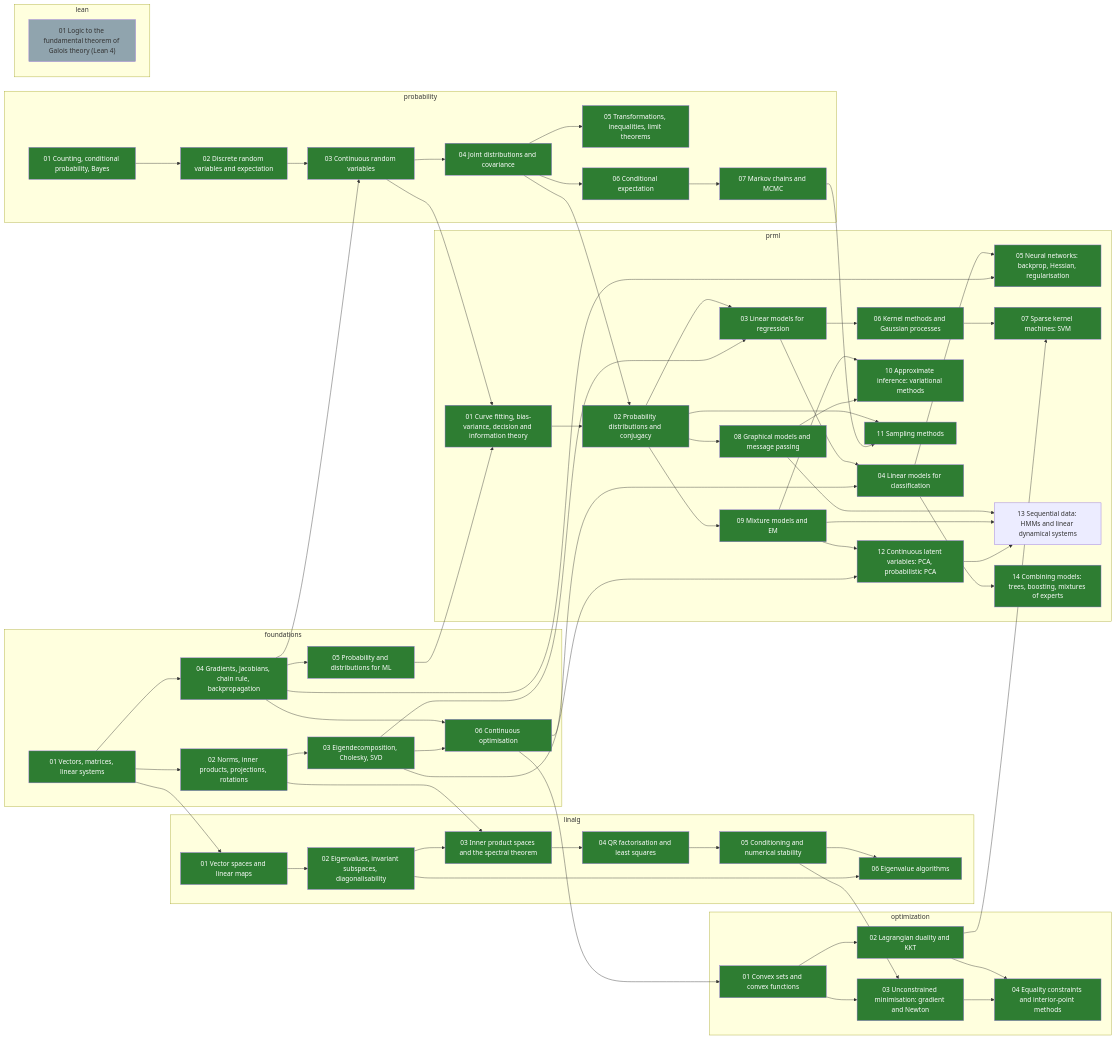
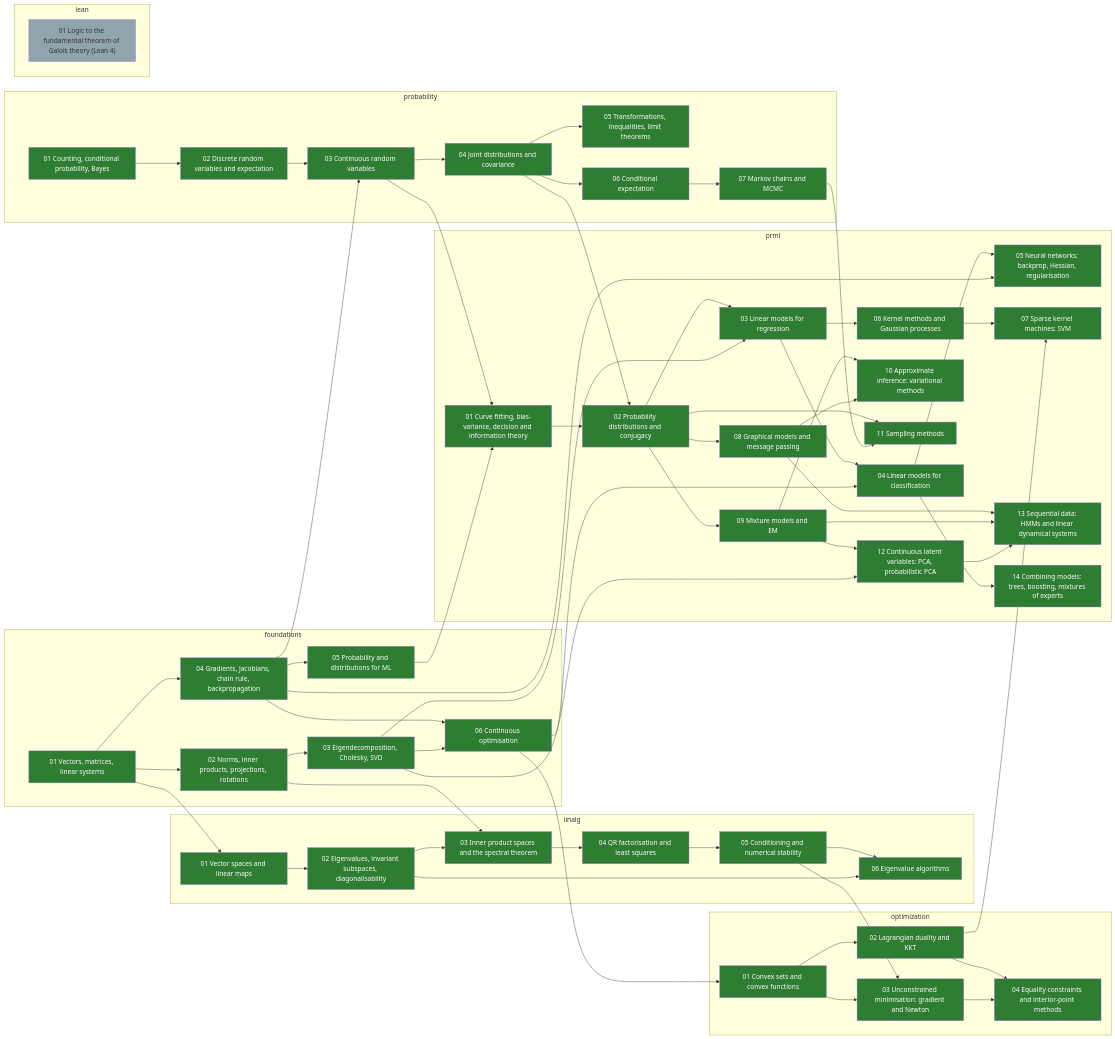
The diagram in skill-tree/README.md (alektebel/learn-stuff-from-scratch), drawn with Mermaid before and after one commit. The commit also changed other lines of this file and 8 other files, not shown here.

First line of the commit message:
math: build prml-13-sequential

```diff
--- a/skill-tree/README.md
+++ b/skill-tree/README.md
@@ -113,7 +113,7 @@
     prml-10-variational-inference["10 Approximate inference: variational methods"]:::done
     prml-11-sampling["11 Sampling methods"]:::done
     prml-12-latent-continuous["12 Continuous latent variables: PCA, probabilistic PCA"]:::done
-    prml-13-sequential["13 Sequential data: HMMs and linear dynamical systems"]
+    prml-13-sequential["13 Sequential data: HMMs and linear dynamical systems"]:::done
     prml-14-combining-models["14 Combining models: trees, boosting, mixtures of experts"]:::done
   end
   subgraph lean
```
